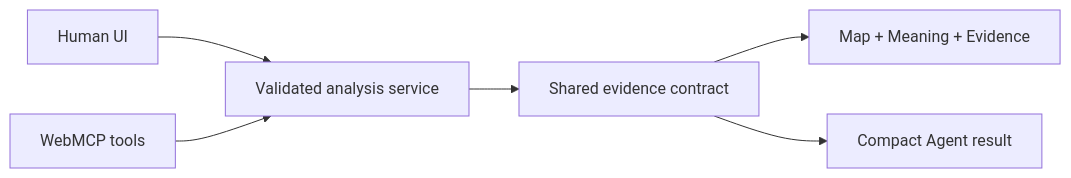
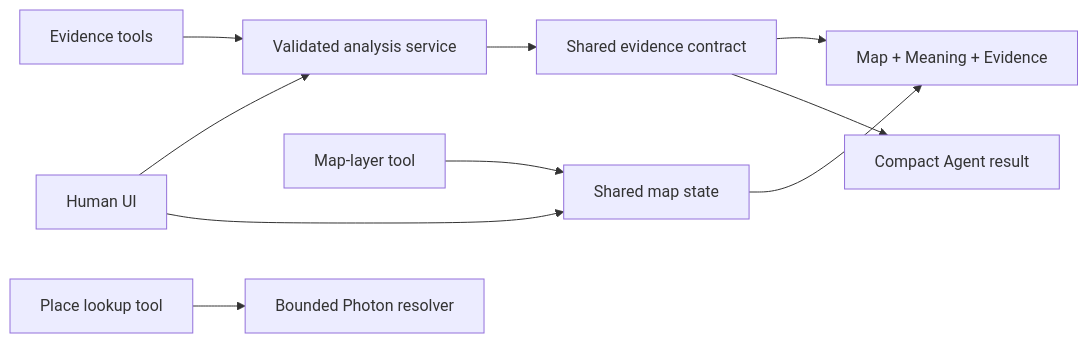
One commit to HuiYingChung/sky-to-porch-webmcp changed the diagram in README.md. Above: the diagram before and after it, drawn with Mermaid. The commit also changed other lines of this file and 53 other files, not shown here.

First line of the commit message:
Add browser-native geography and environmental map tools (#20)

````diff
--- a/README.md
+++ b/README.md
@@ -110,8 +134,12 @@
 ```mermaid
 flowchart LR
   Human[Human UI] --> Service[Validated analysis service]
-  Agent[WebMCP tools] --> Service
+  Evidence[Evidence tools] --> Service
   Service --> Contract[Shared evidence contract]
   Contract --> UI[Map + Meaning + Evidence]
   Contract --> Summary[Compact Agent result]
+  MapTool[Map-layer tool] --> MapState[Shared map state]
+  Human --> MapState
+  MapState --> UI
+  PlaceTool[Place lookup tool] --> Resolver[Bounded Photon resolver]
 ```
````
